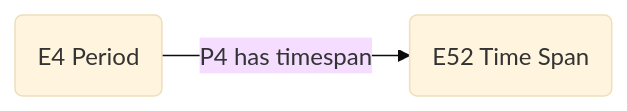
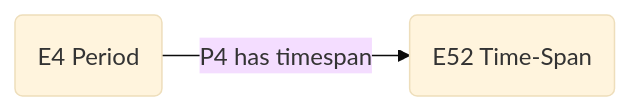
Before and after one commit to archaeochrono/caa23: the first of 2 diagrams in README.md, drawn with Mermaid (base theme).

Commit message:
cidoc-crm

````diff
--- a/README.md
+++ b/README.md
@@ -6,4 +6,4 @@
 ```mermaid
 flowchart LR
-    A(E4 Period) --P4 has timespan--> B(E52 Time Span);
+    A(E4 Period) --P4 has timespan--> B(E52 Time-Span);
 ```
````
